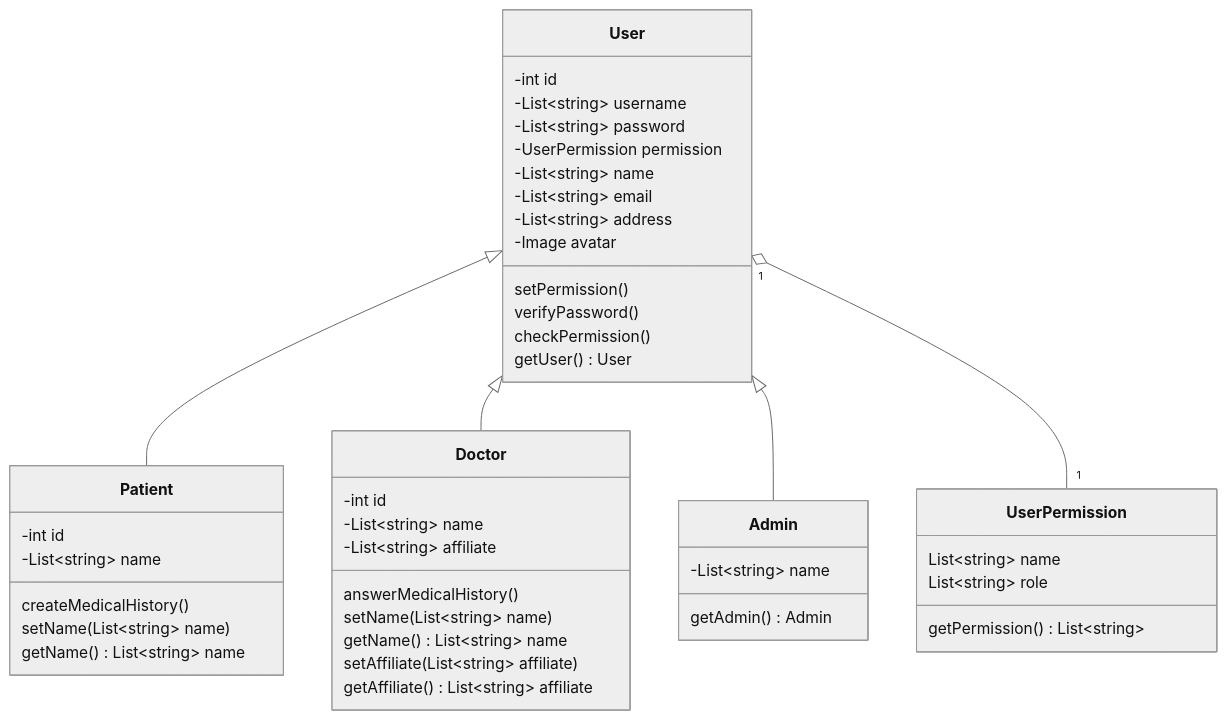
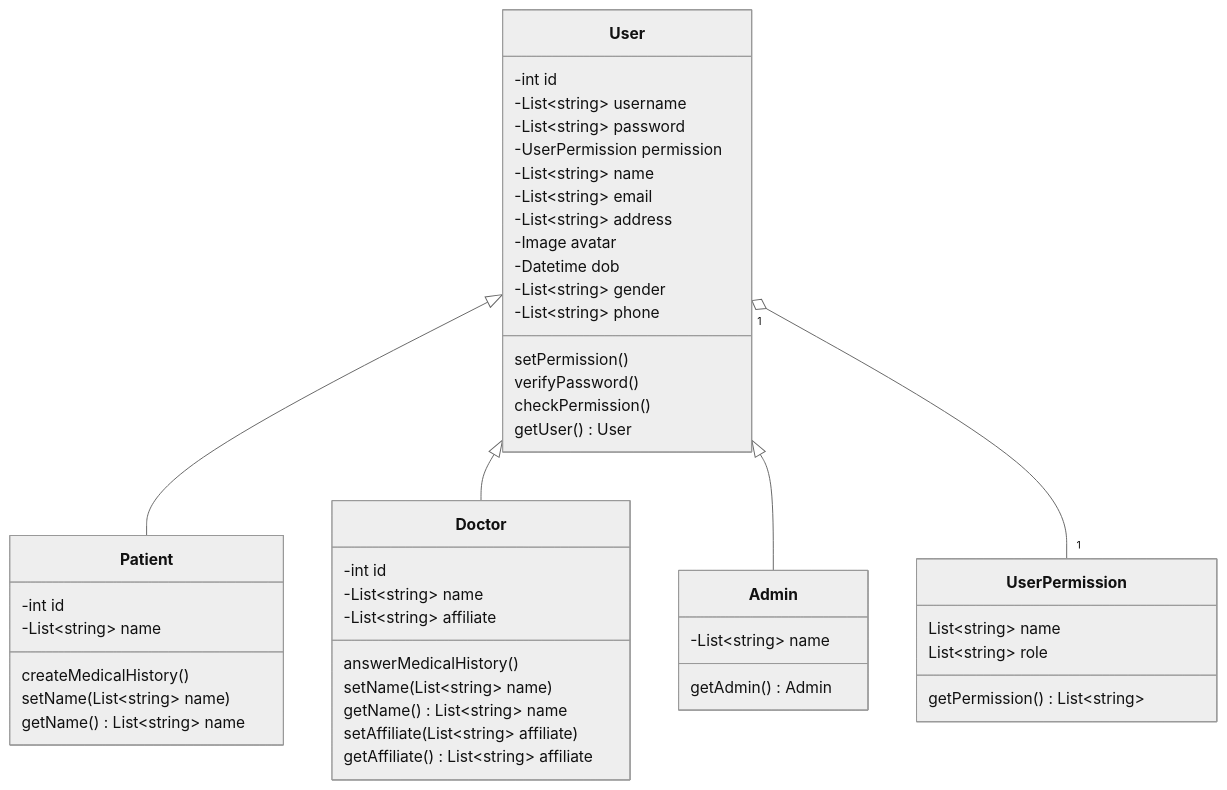
Before and after one commit to itvkist/infectious-disease: the third of 11 diagrams in BE_README.md, drawn with Mermaid (neutral theme). The commit also changed other lines of this file, not shown here.

````diff
--- a/BE_README.md
+++ b/BE_README.md
@@ -167,47 +167,50 @@
 ```mermaid
 classDiagram
 User <|-- Patient
 User <|-- Doctor
 User <|-- Admin
 User "1" o-- "1" UserPermission
 class User {
     -int id
     -List~string~ username
     -List~string~ password
     -UserPermission permission
     -List~string~ name
     -List~string~ email
     -List~string~ address
     -Image avatar
+    -Datetime dob
+    -List~string~ gender
+    -List~string~ phone
     setPermission()
     verifyPassword()
     checkPermission()
     getUser() User
 }
 class Admin~User~ {
     -List~string~ name
     getAdmin() Admin
 }
 class UserPermission {
     List~string~ name
     List~string~ role
     getPermission() List~string~
 }
 class Patient~User~{
     -int id
     -List~string~ name
     createMedicalHistory()
     setName(List~string~ name)
     getName() List~string~ name
 }
 class Doctor~User~{
     -int id
     -List~string~ name
     -List~string~ affiliate
     answerMedicalHistory()
     setName(List~string~ name)
     getName() List~string~ name
     setAffiliate(List~string~ affiliate)
     getAffiliate() List~string~ affiliate
 }
 ```
````
